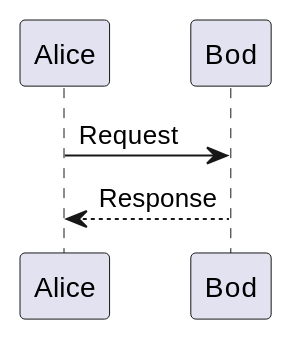
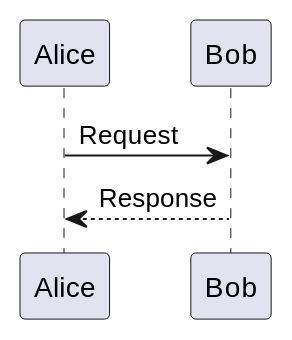
The diagram in test.md (Aso2001170/2021sys-design), drawn with PlantUML before and after one commit.

```diff
--- a/test.md
+++ b/test.md
@@ -2,4 +2,4 @@
 @startuml
-Alice -> Bod: Request
-Bod --> Alice: Response
+Alice -> Bob: Request
+Bob --> Alice: Response
 @enduml
```
